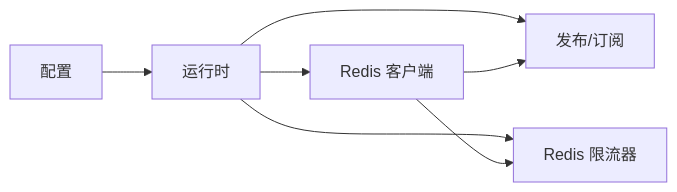
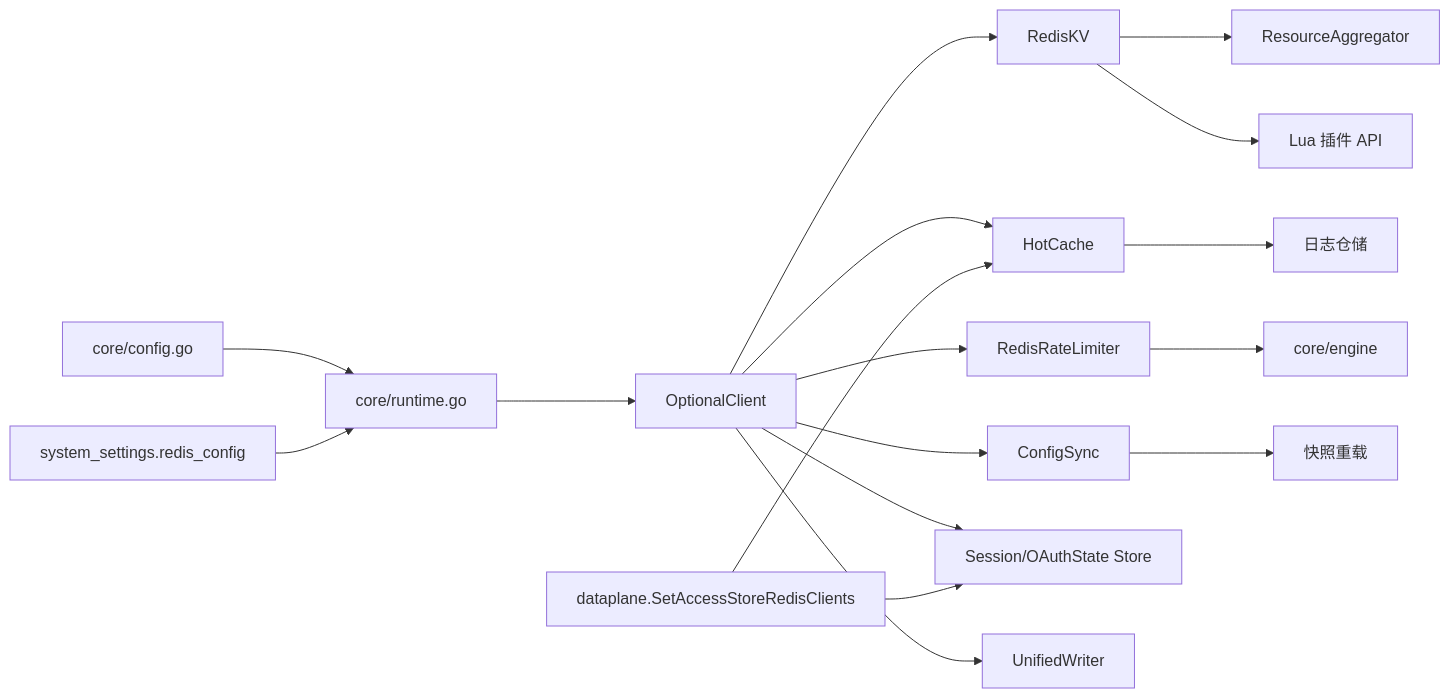
One commit to x01n/My-OpenWaf changed the sixth of 6 diagrams in docs/数据存储层/Redis 集成.md. Above: the diagram before and after it, drawn with Mermaid. The commit also changed other lines of this file and 622 other files, not shown here.

````diff
--- a/docs/数据存储层/Redis 集成.md
+++ b/docs/数据存储层/Redis 集成.md
@@ -304,9 +618,19 @@
 ```mermaid
 graph LR
-CFG["配置"] --> RT["运行时"]
-RT --> RCLI["Redis 客户端"]
-RT --> PUBSUB["发布/订阅"]
-RT --> RL["Redis 限流器"]
-RCLI --> PUBSUB
-RCLI --> RL
+CFG["core/config.go"] --> RT["core/runtime.go"]
+SS["system_settings.redis_config"] --> RT
+RT --> OPT["OptionalClient"]
+OPT --> KV["RedisKV"]
+OPT --> HOT["HotCache"]
+OPT --> RL["RedisRateLimiter"]
+OPT --> CS["ConfigSync"]
+OPT --> SESS["Session/OAuthState Store"]
+OPT --> UW["UnifiedWriter"]
+KV --> AGG["ResourceAggregator"]
+KV --> LUA["Lua 插件 API"]
+HOT --> REPO["日志仓储"]
+RL --> ENG["core/engine"]
+CS --> SNAP["快照重载"]
+DP["dataplane.SetAccessStoreRedisClients"] --> SESS
+DP --> HOT
 ```
````
